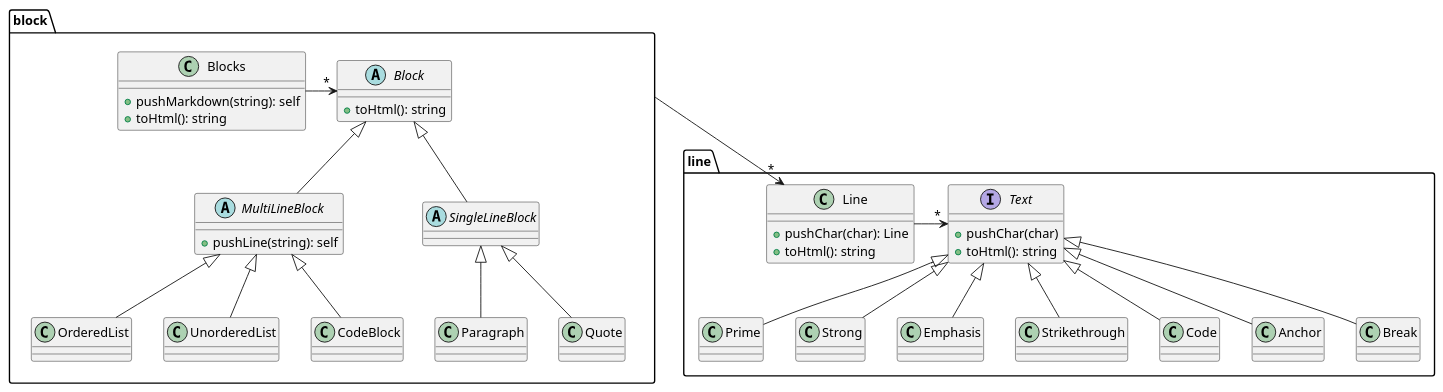
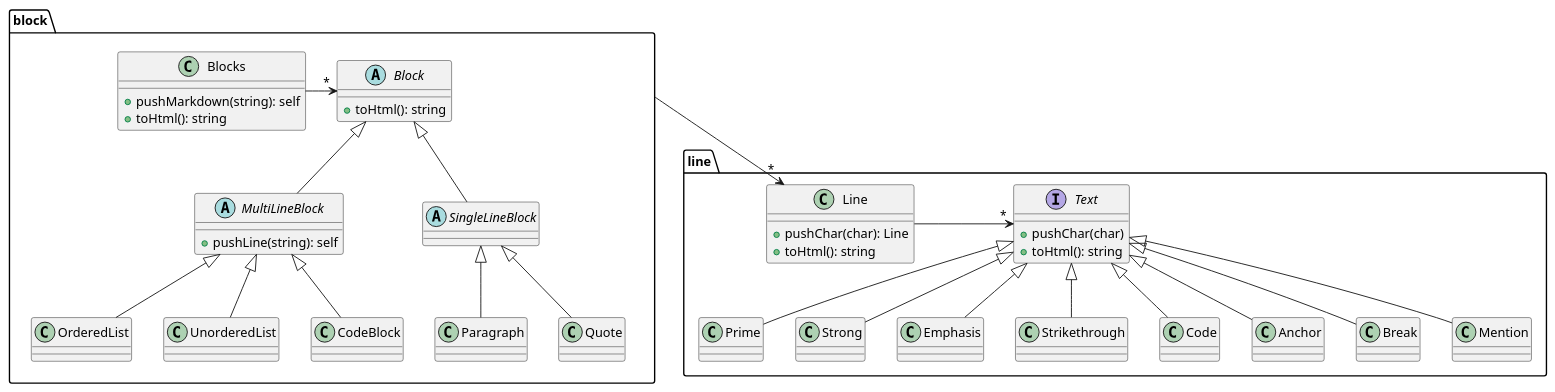
The diagram in classes.puml (suzuki-hoge/slack-markdown), drawn with PlantUML before and after one commit. The commit also changed 4 other files, not shown here.

```diff
--- a/classes.puml
+++ b/classes.puml
@@ -1,58 +1,59 @@
 @startuml
 
 
 package block {
     class Blocks {
         + pushMarkdown(string): self
         + toHtml(): string
     }
 
     abstract class Block {
         + toHtml(): string
     }
 
     Blocks -r-> "*" Block
 
     abstract class SingleLineBlock {
     }
 
     abstract class MultiLineBlock {
         + pushLine(string): self
     }
 
     SingleLineBlock -u-|> Block
     MultiLineBlock -u-|> Block
 
     Paragraph -u-|> SingleLineBlock
     Quote -u-|> SingleLineBlock
 
     OrderedList -u-|> MultiLineBlock
     UnorderedList -u-|> MultiLineBlock
     CodeBlock -u-|> MultiLineBlock
 }
 
 package line {
     class Line {
         + pushChar(char): Line
         + toHtml(): string
     }
 
     interface Text {
         + pushChar(char)
         + toHtml(): string
     }
 
     Line -r-> "*" Text
 
     Prime -u-|> Text
     Strong -u-|> Text
     Emphasis -u-|> Text
     Strikethrough -u-|> Text
     Code -u-|> Text
     Anchor -u-|> Text
     Break -u-|> Text
+    Mention -u-|> Text
 }
 
 block -d-> "*" Line
 
 @enduml
```
